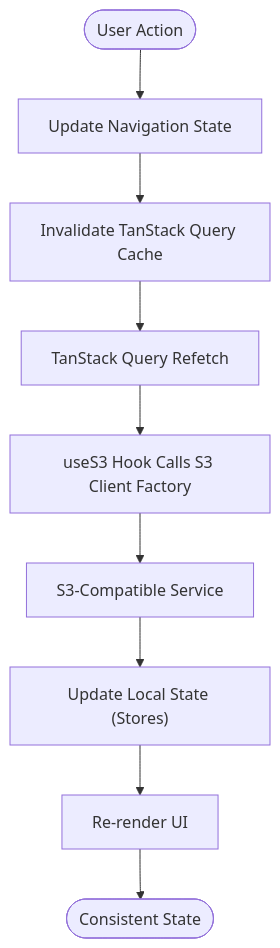
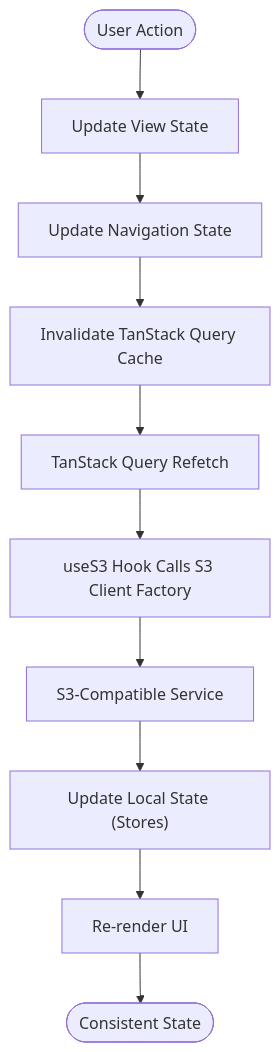
The eighth of 9 diagrams in .qoder/repowiki/en/content/Architecture Overview.md (nasrulhadi/s3-explorer), drawn with Mermaid before and after one commit. The commit also changed other lines of this file and 26 other files, not shown here.

First line of the commit message:
feat(navigation): redesign navigation with page-based routing and view state management

````diff
--- a/.qoder/repowiki/en/content/Architecture Overview.md
+++ b/.qoder/repowiki/en/content/Architecture Overview.md
@@ -293,11 +367,12 @@
 ```mermaid
 flowchart TD
-Start(["User Action"]) --> Nav["Update Navigation State"]
+Start(["User Action"]) --> View["Update View State"]
+View --> Nav["Update Navigation State"]
 Nav --> Invalidate["Invalidate TanStack Query Cache"]
 Invalidate --> Fetch["TanStack Query Refetch"]
 Fetch --> S3Op["useS3 Hook Calls S3 Client Factory"]
 S3Op --> Remote["S3-Compatible Service"]
 Remote --> Update["Update Local State (Stores)"]
 Update --> UI["Re-render UI"]
 UI --> End(["Consistent State"])
 ```
````
